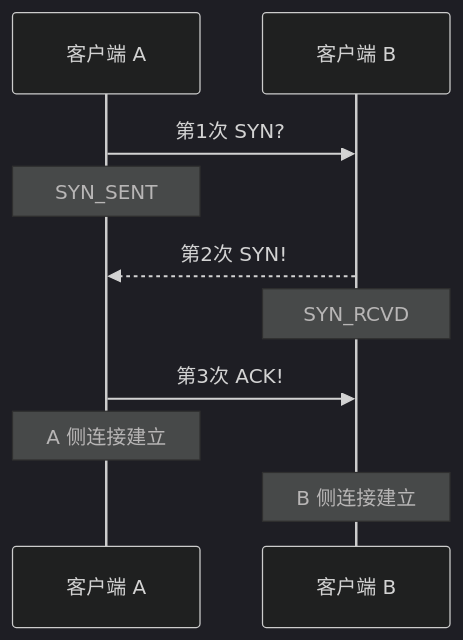
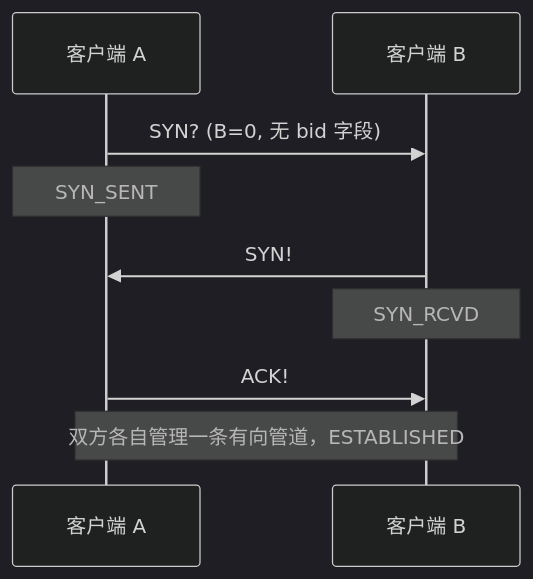
One commit to moky/magpie-bridge changed the second of 4 diagrams in docs/design-workflow.zh-CN.md. Above: the diagram before and after it, drawn with Mermaid (dark theme). The commit also changed other lines of this file and 9 other files, not shown here.

````diff
--- a/docs/design-workflow.zh-CN.md
+++ b/docs/design-workflow.zh-CN.md
@@ -55,12 +31,11 @@
 ```mermaid
 sequenceDiagram
     participant A as 客户端 A
     participant B as 客户端 B
-    A->>B: 第1次 SYN?
+    A->>B: SYN? (B=0, 无 bid 字段)
     Note over A: SYN_SENT
-    B-->>A: 第2次 SYN!
+    B->>A: SYN!
     Note over B: SYN_RCVD
-    A->>B: 第3次 ACK!
-    Note over A: A 侧连接建立
-    Note over B: B 侧连接建立
+    A->>B: ACK!
+    Note over A,B: 双方各自管理一条有向管道，ESTABLISHED
 ```
````
